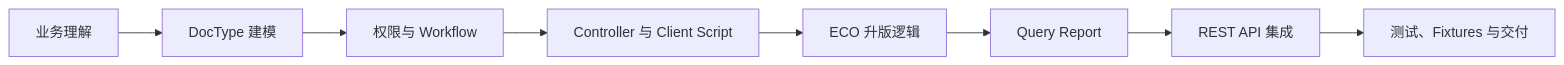
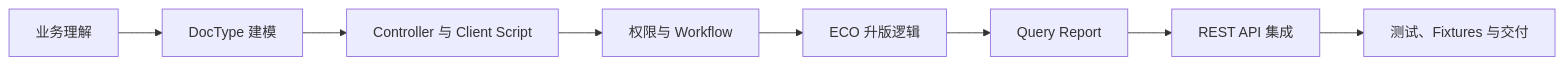
The diagram in docs/zh/README.md (aoezhb/frappe-pdm-tutorial), drawn with Mermaid before and after one commit. The commit also changed other lines of this file and 9 other files, not shown here.

````diff
--- a/docs/zh/README.md
+++ b/docs/zh/README.md
@@ -72,10 +74,10 @@
 ```mermaid
 flowchart LR
     A["业务理解"] --> B["DocType 建模"]
-    B --> C["权限与 Workflow"]
-    C --> D["Controller 与 Client Script"]
-    D --> E["ECO 升版逻辑"]
+    B --> D["Controller 与 Client Script"]
+    D --> C["权限与 Workflow"]
+    C --> E["ECO 升版逻辑"]
     E --> F["Query Report"]
     F --> G["REST API 集成"]
     G --> H["测试、Fixtures 与交付"]
 ```
````
